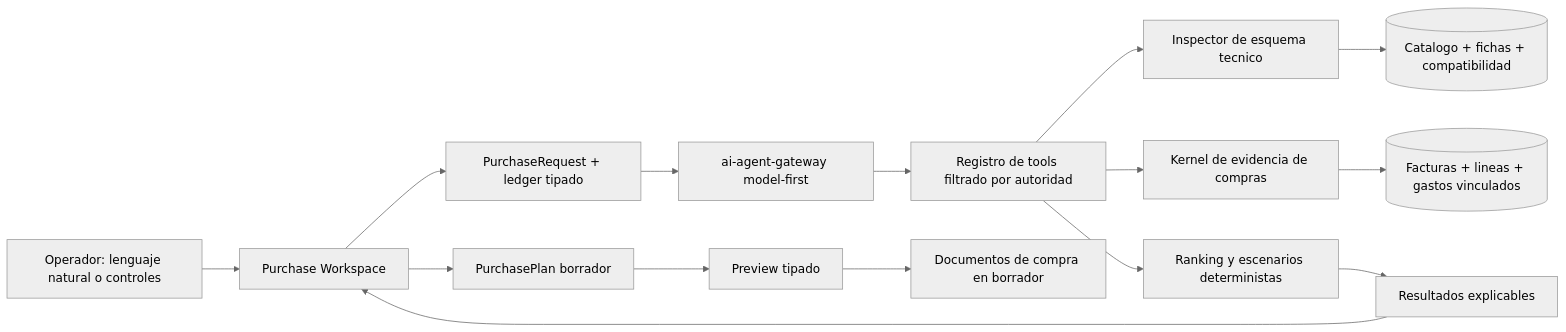
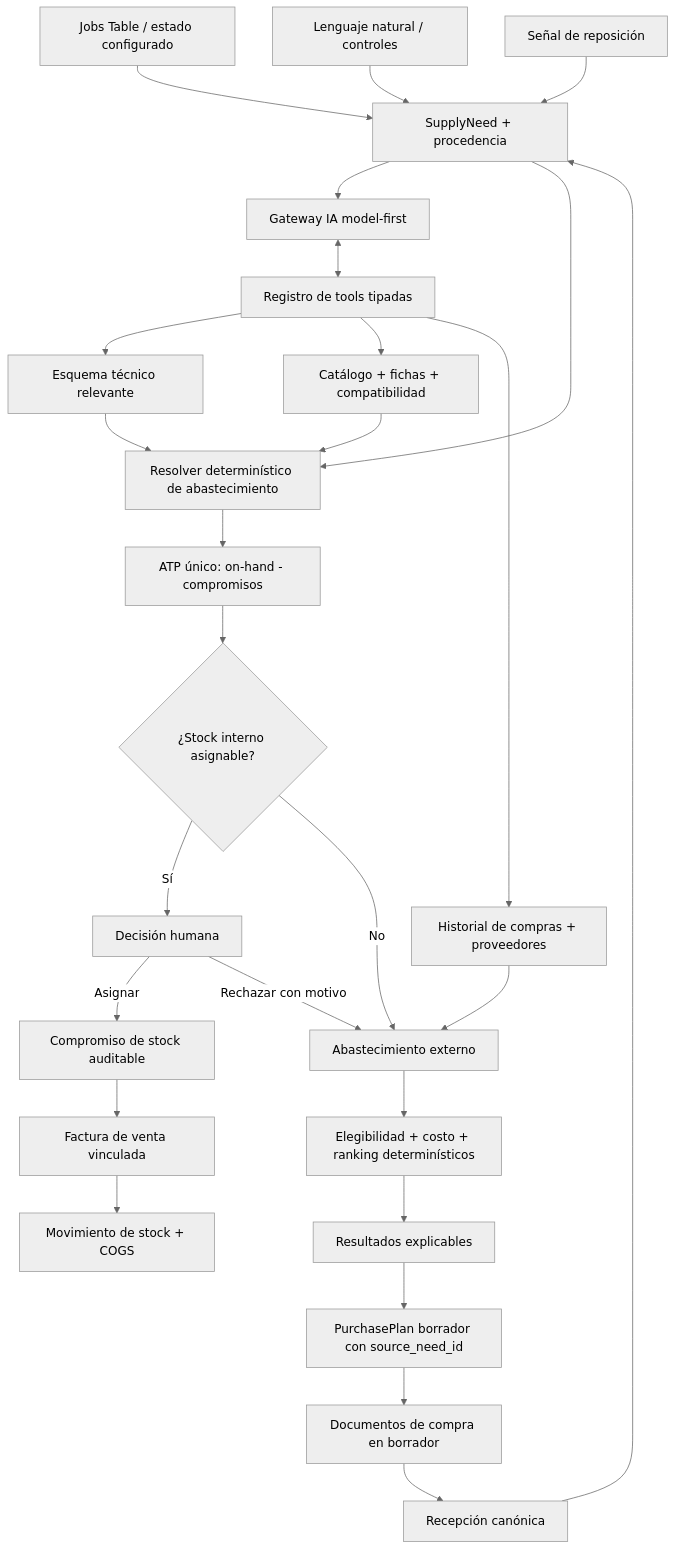
The diagram in docs/architecture/INTELLIGENT_PURCHASING_WORKSPACE_IMPLEMENTATION_PLAN.md (Ccatalan7/bikeshop-erp), drawn with Mermaid (neutral theme) before and after one commit. The commit also changed other lines of this file and 144 other files, not shown here.

````diff
--- a/docs/architecture/INTELLIGENT_PURCHASING_WORKSPACE_IMPLEMENTATION_PLAN.md
+++ b/docs/architecture/INTELLIGENT_PURCHASING_WORKSPACE_IMPLEMENTATION_PLAN.md
@@ -920,17 +1614,34 @@
 ```mermaid
-flowchart LR
-    U["Operador: lenguaje natural o controles"] --> W["Purchase Workspace"]
-    W --> C["PurchaseRequest + ledger tipado"]
-    C --> A["ai-agent-gateway model-first"]
-    A --> T["Registro de tools filtrado por autoridad"]
-    T --> S["Inspector de esquema tecnico"]
-    T --> E["Kernel de evidencia de compras"]
-    T --> R["Ranking y escenarios deterministas"]
-    S --> D[("Catalogo + fichas + compatibilidad")]
-    E --> P[("Facturas + lineas + gastos vinculados")]
-    R --> V["Resultados explicables"]
-    V --> W
-    W --> B["PurchasePlan borrador"]
-    B --> X["Preview tipado"]
-    X --> Y["Documentos de compra en borrador"]
+flowchart TD
+    J["Jobs Table / estado configurado"] --> N["SupplyNeed + procedencia"]
+    U["Lenguaje natural / controles"] --> N
+    Q["Señal de reposición"] --> N
+
+    N --> A["Gateway IA model-first"]
+    A <--> T["Registro de tools tipadas"]
+    T --> S["Esquema técnico relevante"]
+    T --> C["Catálogo + fichas + compatibilidad"]
+    T --> H["Historial de compras + proveedores"]
+
+    N --> I["Resolver determinístico de abastecimiento"]
+    S --> I
+    C --> I
+    I --> ATP["ATP único: on-hand - compromisos"]
+    ATP --> D{"¿Stock interno asignable?"}
+
+    D -->|"Sí"| UI["Decisión humana"]
+    UI -->|"Asignar"| R["Compromiso de stock auditable"]
+    UI -->|"Rechazar con motivo"| E["Abastecimiento externo"]
+    D -->|"No"| E
+
+    H --> E
+    E --> K["Elegibilidad + costo + ranking determinísticos"]
+    K --> V["Resultados explicables"]
+    V --> P["PurchasePlan borrador con source_need_id"]
+    P --> X["Documentos de compra en borrador"]
+
+    R --> F["Factura de venta vinculada"]
+    X --> RC["Recepción canónica"]
+    RC --> N
+    F --> M["Movimiento de stock + COGS"]
 ```
````
